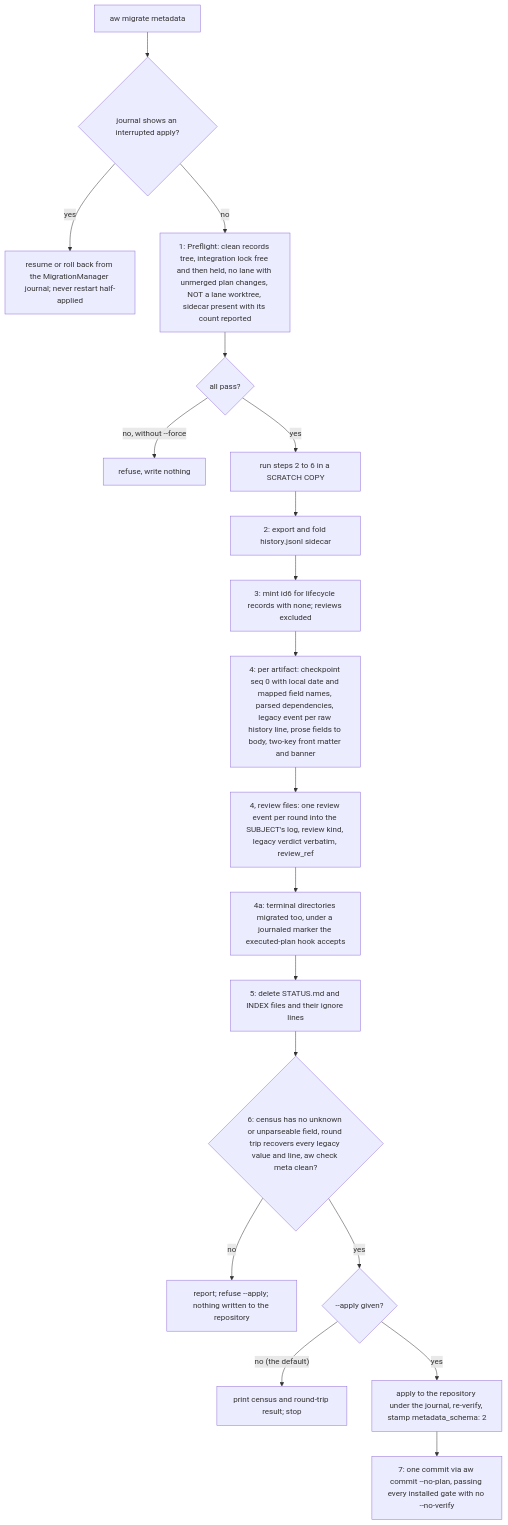
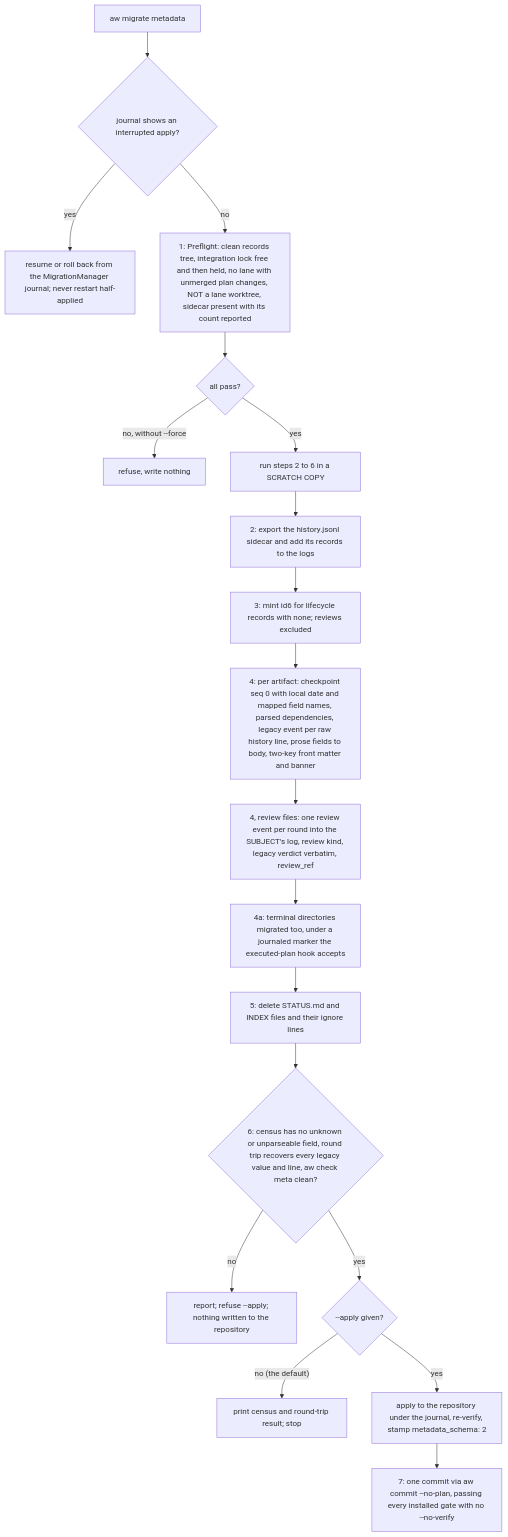
One commit to fariello/agent-workflows changed the eighth of 10 diagrams in .aw/records/specs/reviewed/20260925-metastore-01-4sd62s-artifact-metadata-store.spec.md. Above: the diagram before and after it, drawn with Mermaid. The commit also changed other lines of this file, not shown here.

````diff
--- a/.aw/records/specs/reviewed/20260925-metastore-01-4sd62s-artifact-metadata-store.spec.md
+++ b/.aw/records/specs/reviewed/20260925-metastore-01-4sd62s-artifact-metadata-store.spec.md
@@ -1124,21 +1307,21 @@
 ```mermaid
 flowchart TD
     Z["aw migrate metadata"] --> Z1{"journal shows an interrupted apply?"}
     Z1 -- yes --> Z2["resume or roll back from the MigrationManager journal; never restart half-applied"]
     Z1 -- no --> P["1: Preflight: clean records tree, integration lock free and then held, no lane with unmerged plan changes, NOT a lane worktree, sidecar present with its count reported"]
     P --> Q{"all pass?"}
     Q -- "no, without --force" --> R["refuse, write nothing"]
     Q -- yes --> W["run steps 2 to 6 in a SCRATCH COPY"]
-    W --> S2["2: export and fold history.jsonl sidecar"]
+    W --> S2["2: export the history.jsonl sidecar and add its records to the logs"]
     S2 --> S3["3: mint id6 for lifecycle records with none; reviews excluded"]
     S3 --> S4["4: per artifact: checkpoint seq 0 with local date and mapped field names, parsed dependencies, legacy event per raw history line, prose fields to body, two-key front matter and banner"]
     S4 --> S4r["4, review files: one review event per round into the SUBJECT's log, review kind, legacy verdict verbatim, review_ref"]
     S4r --> S4a["4a: terminal directories migrated too, under a journaled marker the executed-plan hook accepts"]
     S4a --> S5["5: delete STATUS.md and INDEX files and their ignore lines"]
     S5 --> S6{"6: census has no unknown or unparseable field, round trip recovers every legacy value and line, aw check meta clean?"}
     S6 -- no --> X["report; refuse --apply; nothing written to the repository"]
     S6 -- yes --> Y{"--apply given?"}
     Y -- "no (the default)" --> Y1["print census and round-trip result; stop"]
     Y -- yes --> Y2["apply to the repository under the journal, re-verify, stamp metadata_schema: 2"]
     Y2 --> S7["7: one commit via aw commit --no-plan, passing every installed gate with no --no-verify"]
 ```
````
